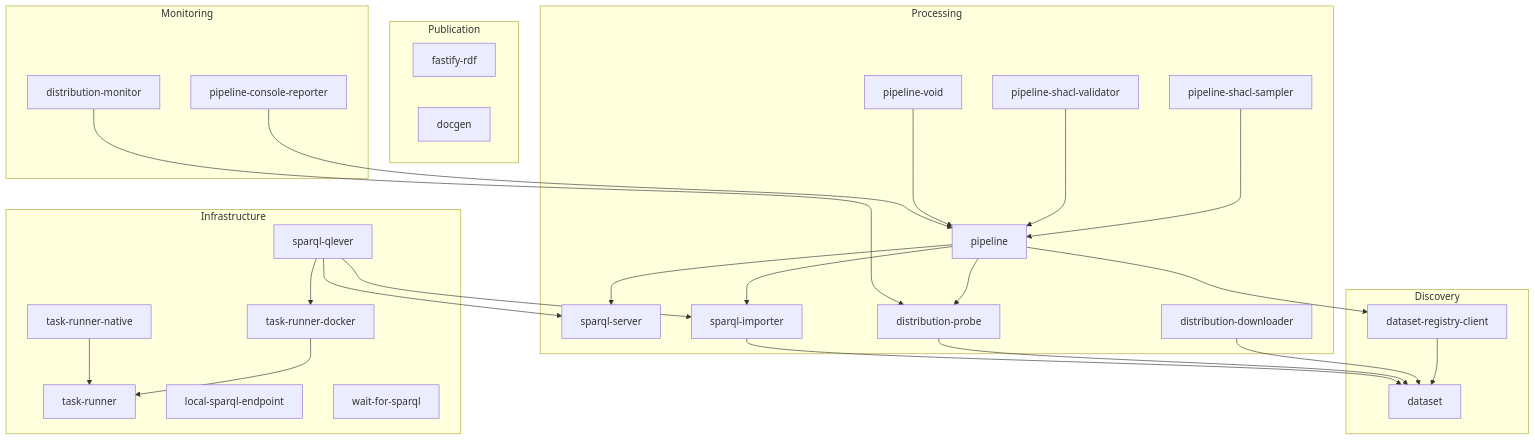
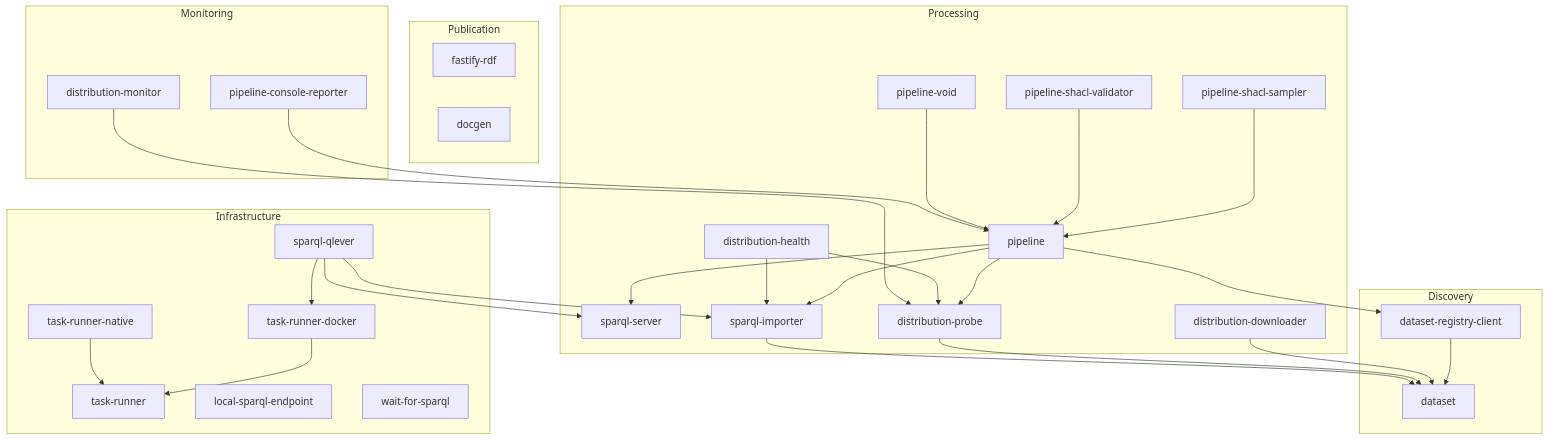
Before and after one commit to ldelements/lde: the diagram in README.md, drawn with Mermaid. The commit also changed other lines of this file and 14 other files, not shown here.

First line of the commit message:
feat(distribution-health): new leaf for validity verdicts and usability rollup (#472)

````diff
--- a/README.md
+++ b/README.md
@@ -187,41 +192,43 @@
 ```mermaid
 graph TD
   subgraph Discovery
     dataset
     dataset-registry-client --> dataset
   end
 
   subgraph Processing
     pipeline --> dataset-registry-client
     pipeline --> sparql-server
     pipeline --> sparql-importer
     pipeline-shacl-sampler --> pipeline
     pipeline-shacl-validator --> pipeline
     pipeline-void --> pipeline
     distribution-downloader --> dataset
     distribution-probe --> dataset
     pipeline --> distribution-probe
     sparql-importer --> dataset
+    distribution-health --> distribution-probe
+    distribution-health --> sparql-importer
   end
 
   subgraph Publication
     fastify-rdf
     docgen
   end
 
   subgraph Monitoring
     pipeline-console-reporter --> pipeline
     distribution-monitor --> distribution-probe
   end
 
   subgraph Infrastructure
     sparql-qlever --> sparql-importer
     sparql-qlever --> sparql-server
     sparql-qlever --> task-runner-docker
     task-runner-docker --> task-runner
     task-runner-native --> task-runner
     sparql-server
     local-sparql-endpoint
     wait-for-sparql
   end
 ```
````
